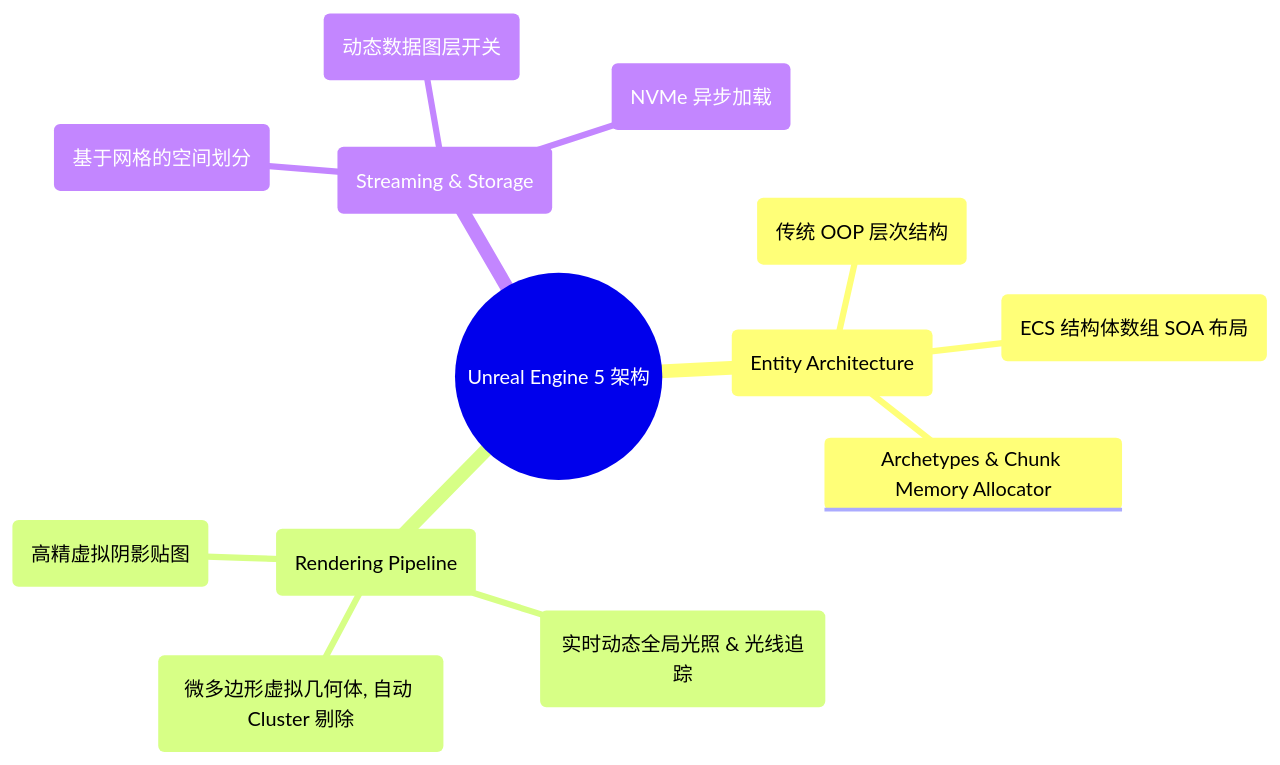
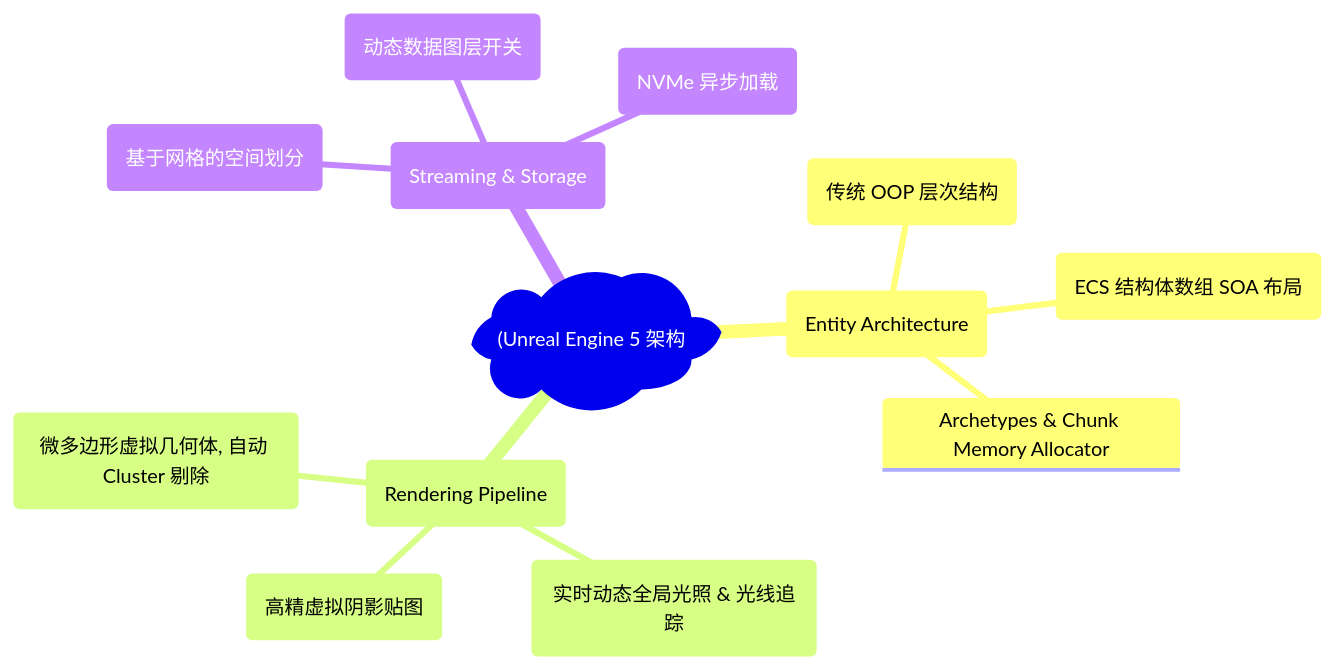
The second of 6 diagrams in docs/atlas/unreal-engine.mdx (koosai/AI-Architect-Learning), drawn with Mermaid before and after one commit. The commit also changed other lines of this file and 187 other files, not shown here.

Commit message:
fix(mermaid): fix all unquoted parens and edge label syntax errors across all docs

````diff
--- a/docs/atlas/unreal-engine.mdx
+++ b/docs/atlas/unreal-engine.mdx
@@ -84,16 +84,16 @@
 ```mermaid
 mindmap
-  root((Unreal Engine 5 架构))
+  root("(Unreal Engine 5 架构"))
     实体架构 (Entity Architecture)
       AActor / UObject (传统 OOP 层次结构)
       Mass Entity (ECS 结构体数组 SOA 布局)
       Archetypes & Chunk Memory Allocator
     渲染管线 (Rendering Pipeline)
       Nanite (微多边形虚拟几何体, 自动 Cluster 剔除)
       Lumen (实时动态全局光照 & 光线追踪)
       Virtual Shadow Maps (高精虚拟阴影贴图)
     资产流送与存储 (Streaming & Storage)
       World Partition (基于网格的空间划分)
       Data Layers (动态数据图层开关)
       Asynchronous Asset Streaming (NVMe 异步加载)
 ```
````
